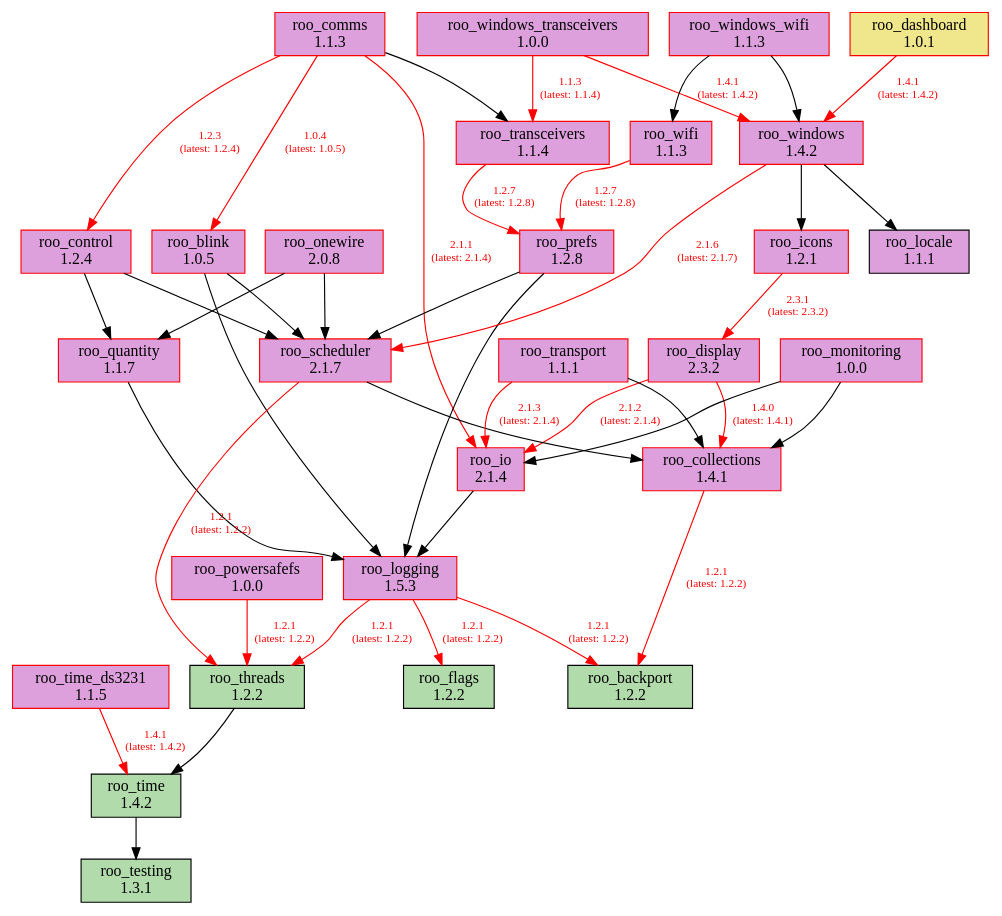
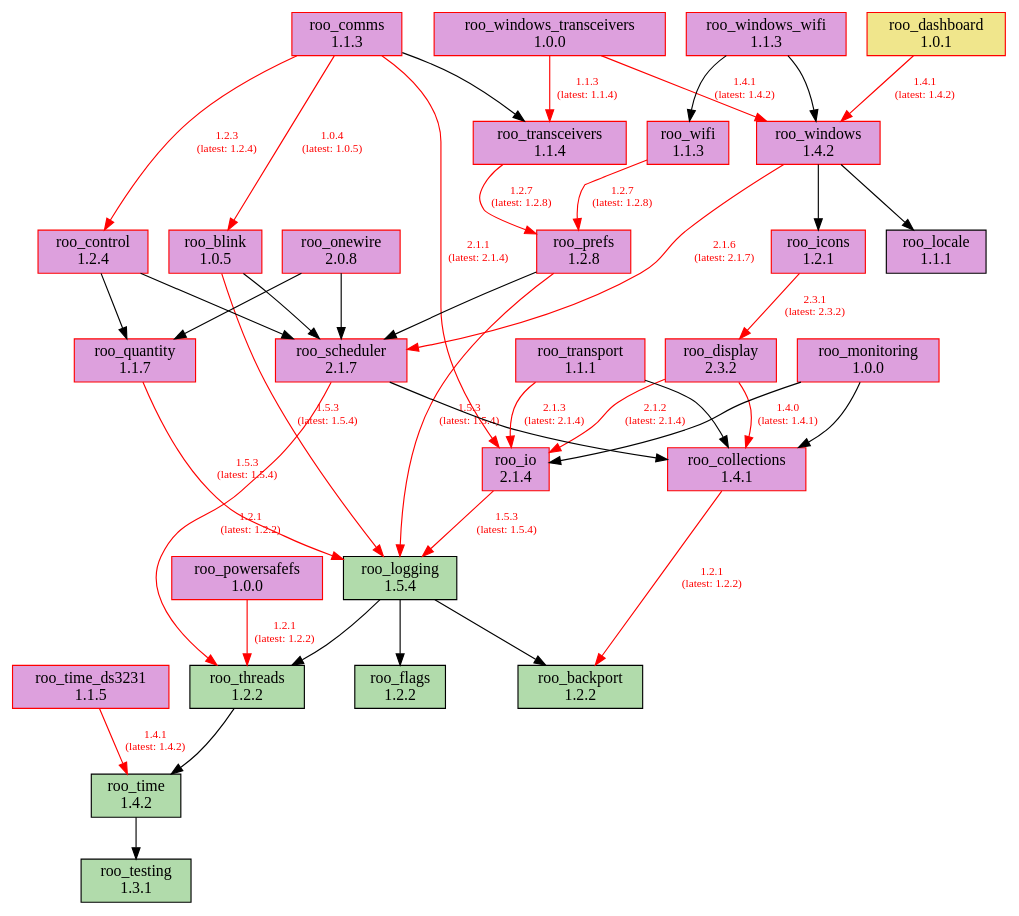
Before and after one commit to dejwk/roo-registry: the diagram in doc/dependencies.dot, drawn with Graphviz. The commit also changed 3 other files, not shown here.

Commit message:
Added roo_logging 1.5.4 to the registry.

```diff
--- a/doc/dependencies.dot
+++ b/doc/dependencies.dot
@@ -1,78 +1,78 @@
 digraph dependencies {
     rankdir=TB;
     node [shape=box, style=filled];
     edge [fontsize=10];
 
     // Modules
     "roo_backport" [label="roo_backport\n1.2.2", fillcolor="#b1dbab", color="black"];
     "roo_blink" [label="roo_blink\n1.0.5", fillcolor="plum", color="red"];
     "roo_collections" [label="roo_collections\n1.4.1", fillcolor="plum", color="red"];
     "roo_comms" [label="roo_comms\n1.1.3", fillcolor="plum", color="red"];
     "roo_control" [label="roo_control\n1.2.4", fillcolor="plum", color="red"];
     "roo_dashboard" [label="roo_dashboard\n1.0.1", fillcolor="khaki", color="red"];
     "roo_display" [label="roo_display\n2.3.2", fillcolor="plum", color="red"];
     "roo_flags" [label="roo_flags\n1.2.2", fillcolor="#b1dbab", color="black"];
     "roo_icons" [label="roo_icons\n1.2.1", fillcolor="plum", color="red"];
     "roo_io" [label="roo_io\n2.1.4", fillcolor="plum", color="red"];
     "roo_locale" [label="roo_locale\n1.1.1", fillcolor="plum", color="black"];
-    "roo_logging" [label="roo_logging\n1.5.3", fillcolor="plum", color="red"];
+    "roo_logging" [label="roo_logging\n1.5.4", fillcolor="#b1dbab", color="black"];
     "roo_monitoring" [label="roo_monitoring\n1.0.0", fillcolor="plum", color="red"];
     "roo_onewire" [label="roo_onewire\n2.0.8", fillcolor="plum", color="red"];
     "roo_powersafefs" [label="roo_powersafefs\n1.0.0", fillcolor="plum", color="red"];
     "roo_prefs" [label="roo_prefs\n1.2.8", fillcolor="plum", color="red"];
     "roo_quantity" [label="roo_quantity\n1.1.7", fillcolor="plum", color="red"];
     "roo_scheduler" [label="roo_scheduler\n2.1.7", fillcolor="plum", color="red"];
     "roo_testing" [label="roo_testing\n1.3.1", fillcolor="#b1dbab", color="black"];
     "roo_threads" [label="roo_threads\n1.2.2", fillcolor="#b1dbab", color="black"];
     "roo_time" [label="roo_time\n1.4.2", fillcolor="#b1dbab", color="black"];
     "roo_time_ds3231" [label="roo_time_ds3231\n1.1.5", fillcolor="plum", color="red"];
     "roo_transceivers" [label="roo_transceivers\n1.1.4", fillcolor="plum", color="red"];
     "roo_transport" [label="roo_transport\n1.1.1", fillcolor="plum", color="red"];
     "roo_wifi" [label="roo_wifi\n1.1.3", fillcolor="plum", color="red"];
     "roo_windows" [label="roo_windows\n1.4.2", fillcolor="plum", color="red"];
     "roo_windows_transceivers" [label="roo_windows_transceivers\n1.0.0", fillcolor="plum", color="red"];
     "roo_windows_wifi" [label="roo_windows_wifi\n1.1.3", fillcolor="plum", color="red"];
 
     // Dependencies
-    "roo_blink" -> "roo_logging";
+    "roo_blink" -> "roo_logging" [color=red, fontcolor=red, label="1.5.3\n(latest: 1.5.4)"];
     "roo_blink" -> "roo_scheduler";
     "roo_collections" -> "roo_backport" [color=red, fontcolor=red, label="1.2.1\n(latest: 1.2.2)"];
     "roo_comms" -> "roo_blink" [color=red, fontcolor=red, label="1.0.4\n(latest: 1.0.5)"];
     "roo_comms" -> "roo_control" [color=red, fontcolor=red, label="1.2.3\n(latest: 1.2.4)"];
     "roo_comms" -> "roo_io" [color=red, fontcolor=red, label="2.1.1\n(latest: 2.1.4)"];
     "roo_comms" -> "roo_transceivers";
     "roo_control" -> "roo_quantity";
     "roo_control" -> "roo_scheduler";
     "roo_dashboard" -> "roo_windows" [color=red, fontcolor=red, label="1.4.1\n(latest: 1.4.2)"];
     "roo_display" -> "roo_collections" [color=red, fontcolor=red, label="1.4.0\n(latest: 1.4.1)"];
     "roo_display" -> "roo_io" [color=red, fontcolor=red, label="2.1.2\n(latest: 2.1.4)"];
     "roo_icons" -> "roo_display" [color=red, fontcolor=red, label="2.3.1\n(latest: 2.3.2)"];
-    "roo_io" -> "roo_logging";
-    "roo_logging" -> "roo_backport" [color=red, fontcolor=red, label="1.2.1\n(latest: 1.2.2)"];
-    "roo_logging" -> "roo_flags" [color=red, fontcolor=red, label="1.2.1\n(latest: 1.2.2)"];
-    "roo_logging" -> "roo_threads" [color=red, fontcolor=red, label="1.2.1\n(latest: 1.2.2)"];
+    "roo_io" -> "roo_logging" [color=red, fontcolor=red, label="1.5.3\n(latest: 1.5.4)"];
+    "roo_logging" -> "roo_backport";
+    "roo_logging" -> "roo_flags";
+    "roo_logging" -> "roo_threads";
     "roo_monitoring" -> "roo_collections";
     "roo_monitoring" -> "roo_io";
     "roo_onewire" -> "roo_scheduler";
     "roo_onewire" -> "roo_quantity";
     "roo_powersafefs" -> "roo_threads" [color=red, fontcolor=red, label="1.2.1\n(latest: 1.2.2)"];
-    "roo_prefs" -> "roo_logging";
+    "roo_prefs" -> "roo_logging" [color=red, fontcolor=red, label="1.5.3\n(latest: 1.5.4)"];
     "roo_prefs" -> "roo_scheduler";
-    "roo_quantity" -> "roo_logging";
+    "roo_quantity" -> "roo_logging" [color=red, fontcolor=red, label="1.5.3\n(latest: 1.5.4)"];
     "roo_scheduler" -> "roo_collections";
     "roo_scheduler" -> "roo_threads" [color=red, fontcolor=red, label="1.2.1\n(latest: 1.2.2)"];
     "roo_threads" -> "roo_time";
     "roo_time" -> "roo_testing";
     "roo_time_ds3231" -> "roo_time" [color=red, fontcolor=red, label="1.4.1\n(latest: 1.4.2)"];
     "roo_transceivers" -> "roo_prefs" [color=red, fontcolor=red, label="1.2.7\n(latest: 1.2.8)"];
     "roo_transport" -> "roo_collections";
     "roo_transport" -> "roo_io" [color=red, fontcolor=red, label="2.1.3\n(latest: 2.1.4)"];
     "roo_wifi" -> "roo_prefs" [color=red, fontcolor=red, label="1.2.7\n(latest: 1.2.8)"];
     "roo_windows" -> "roo_locale";
     "roo_windows" -> "roo_icons";
     "roo_windows" -> "roo_scheduler" [color=red, fontcolor=red, label="2.1.6\n(latest: 2.1.7)"];
     "roo_windows_transceivers" -> "roo_transceivers" [color=red, fontcolor=red, label="1.1.3\n(latest: 1.1.4)"];
     "roo_windows_transceivers" -> "roo_windows" [color=red, fontcolor=red, label="1.4.1\n(latest: 1.4.2)"];
     "roo_windows_wifi" -> "roo_wifi";
     "roo_windows_wifi" -> "roo_windows";
 }
```
